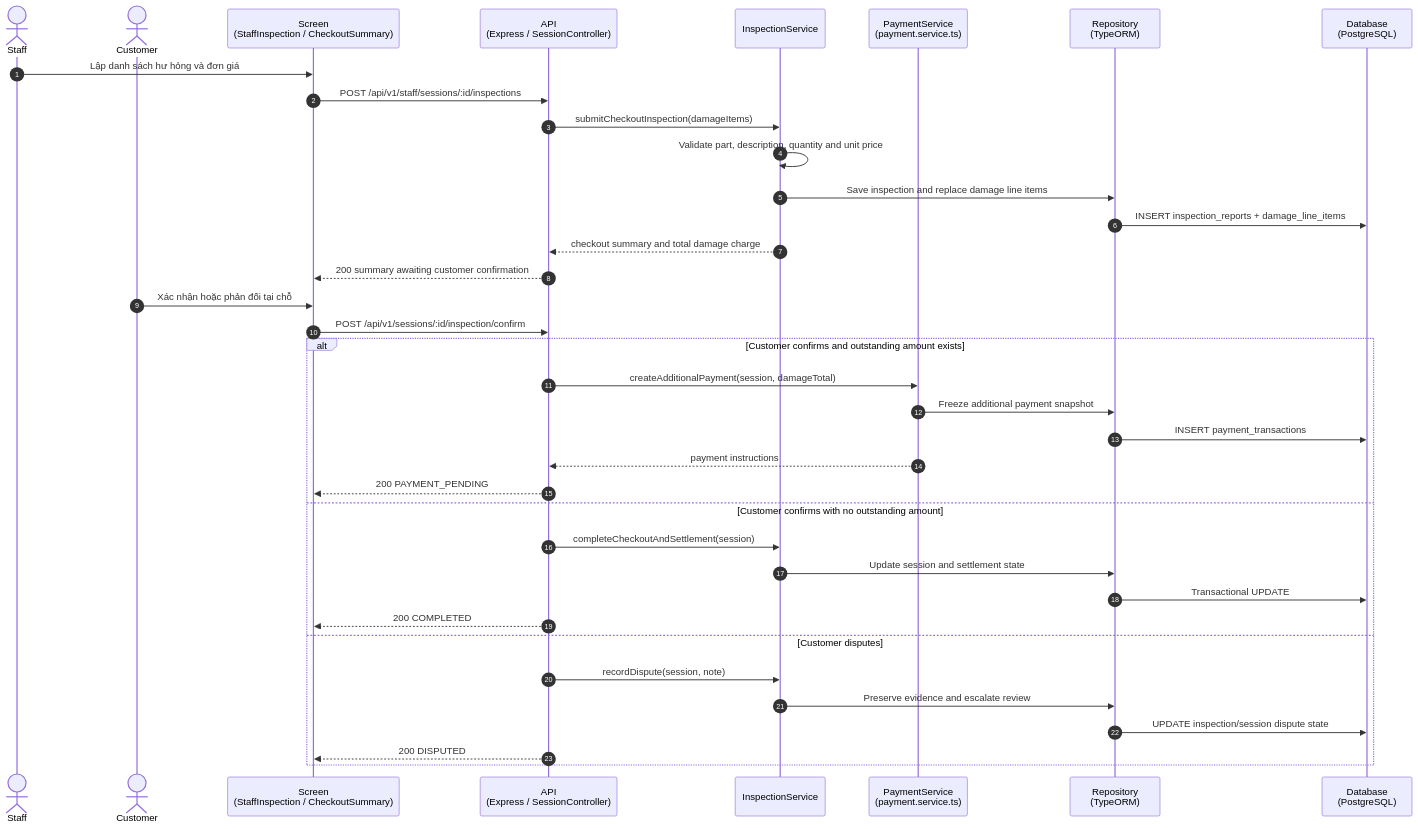
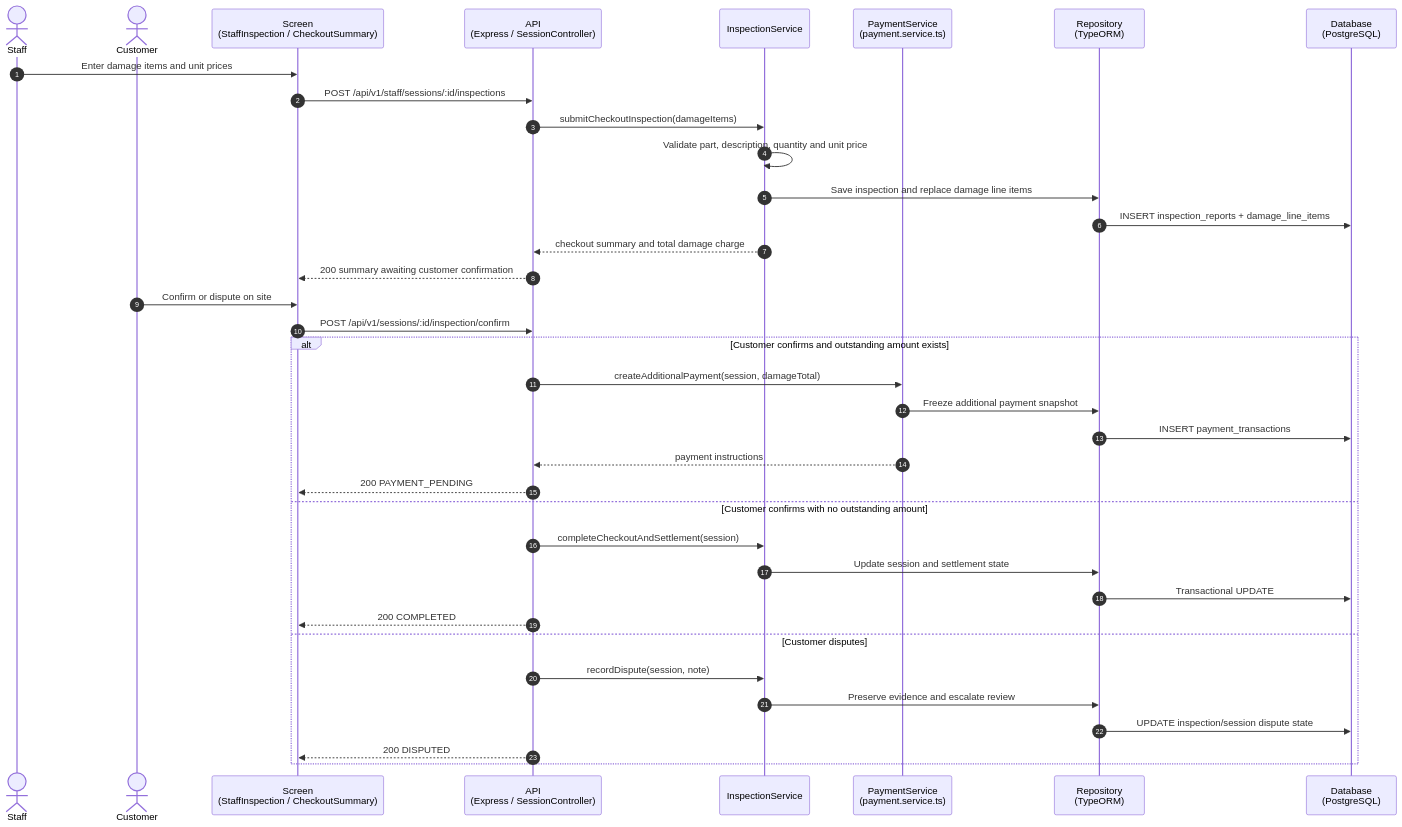
One commit to tomishere0712/rcfield-platform changed the fourth of 6 diagrams in docs/diagrams/sequence/sequence-flow-2026-08-finance-and-operations.md. Above: the diagram before and after it, drawn with Mermaid. The commit also changed other lines of this file and 21 other files, not shown here.

````diff
--- a/docs/diagrams/sequence/sequence-flow-2026-08-finance-and-operations.md
+++ b/docs/diagrams/sequence/sequence-flow-2026-08-finance-and-operations.md
@@ -125,40 +125,40 @@
 ```mermaid
 sequenceDiagram
     autonumber
     actor S as Staff
     actor C as Customer
     participant FE as Screen<br/>(StaffInspection / CheckoutSummary)
     participant API as API<br/>(Express / SessionController)
     participant IS as InspectionService
     participant PS as PaymentService<br/>(payment.service.ts)
     participant Repo as Repository<br/>(TypeORM)
     participant DB as Database<br/>(PostgreSQL)
 
-    S->>FE: Lập danh sách hư hỏng và đơn giá
+    S->>FE: Enter damage items and unit prices
     FE->>API: POST /api/v1/staff/sessions/:id/inspections
     API->>IS: submitCheckoutInspection(damageItems)
     IS->>IS: Validate part, description, quantity and unit price
     IS->>Repo: Save inspection and replace damage line items
     Repo->>DB: INSERT inspection_reports + damage_line_items
     IS-->>API: checkout summary and total damage charge
     API-->>FE: 200 summary awaiting customer confirmation
-    C->>FE: Xác nhận hoặc phản đối tại chỗ
+    C->>FE: Confirm or dispute on site
     FE->>API: POST /api/v1/sessions/:id/inspection/confirm
     alt Customer confirms and outstanding amount exists
         API->>PS: createAdditionalPayment(session, damageTotal)
         PS->>Repo: Freeze additional payment snapshot
         Repo->>DB: INSERT payment_transactions
         PS-->>API: payment instructions
         API-->>FE: 200 PAYMENT_PENDING
     else Customer confirms with no outstanding amount
         API->>IS: completeCheckoutAndSettlement(session)
         IS->>Repo: Update session and settlement state
         Repo->>DB: Transactional UPDATE
         API-->>FE: 200 COMPLETED
     else Customer disputes
         API->>IS: recordDispute(session, note)
         IS->>Repo: Preserve evidence and escalate review
         Repo->>DB: UPDATE inspection/session dispute state
         API-->>FE: 200 DISPUTED
     end
 ```
````
